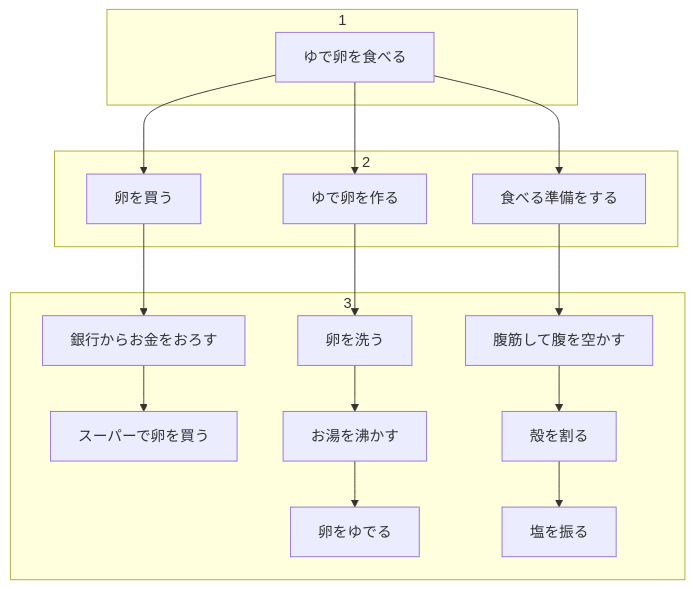
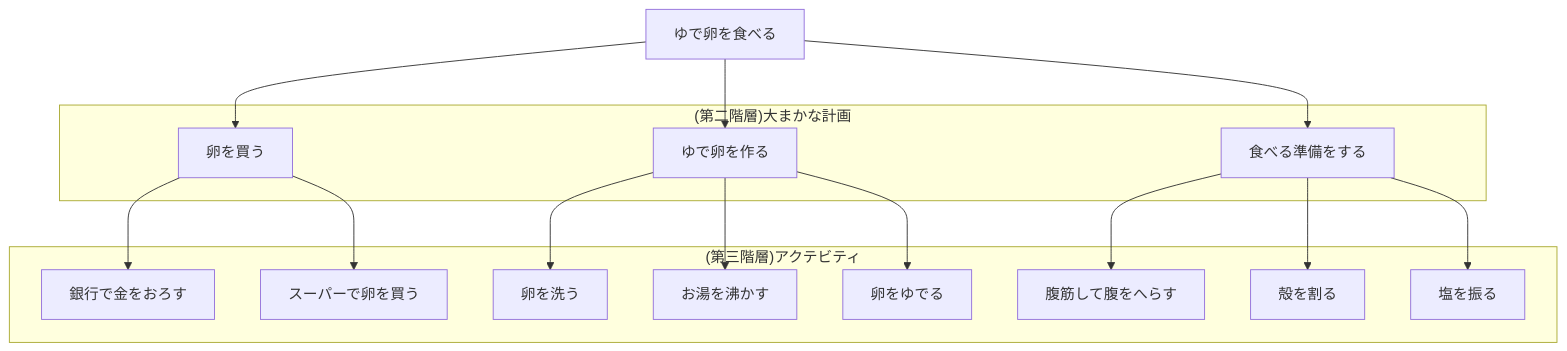
One commit to tyson0723/mypage changed the fourth of 5 diagrams in eat_boild_eggs.md. Above: the diagram before and after it, drawn with Mermaid. The commit also changed other lines of this file and 5 other files, not shown here.

```````diff
--- a/eat_boild_eggs.md
+++ b/eat_boild_eggs.md
@@ -1,23 +30,32 @@
-``````mermaid
-flowchart TB
-    id1[ゆで卵を食べる]
-    subgraph 1
-    id1
+```mermaid
+flowchart TD
+    id1["ゆで卵を食べる"]
+    subgraph "(第二階層)大まかな計画"
+    id2[卵を買う]
+    id3[ゆで卵を作る]
+    id4[食べる準備をする]
+    end
+    subgraph "(第三階層)アクテビティ"
+    id5[銀行で金をおろす]
+    id6[スーパーで卵を買う]
+    id7[卵を洗う]
+    id8[お湯を沸かす]
+    id9[卵をゆでる]
+    id10[腹筋して腹をへらす]
+    id11[殻を割る]
+    id12[塩を振る]
     end
 
-    subgraph 2
-    id1-->id2[卵を買う]
-    id1-->id3[ゆで卵を作る]
-    id1-->id4[食べる準備をする]
-    end
-    subgraph 3
-    id2-->id5[銀行からお金をおろす]
-    id5-->id6[スーパーで卵を買う]
-    id3-->id7[卵を洗う]
-    id7-->id8[お湯を沸かす]
-    id8-->id9[卵をゆでる]
-    id4-->id10[腹筋して腹を空かす]
-    id10-->id11[殻を割る]
-    id11-->id12[塩を振る]
-    end
-``````
+
+    id1-->id2
+    id1-->id3
+    id1-->id4
+    id2-->id5
+    id2-->id6
+    id3-->id7
+    id3-->id8
+    id3-->id9
+    id4-->id10
+    id4-->id11
+    id4-->id12
+```
```````
